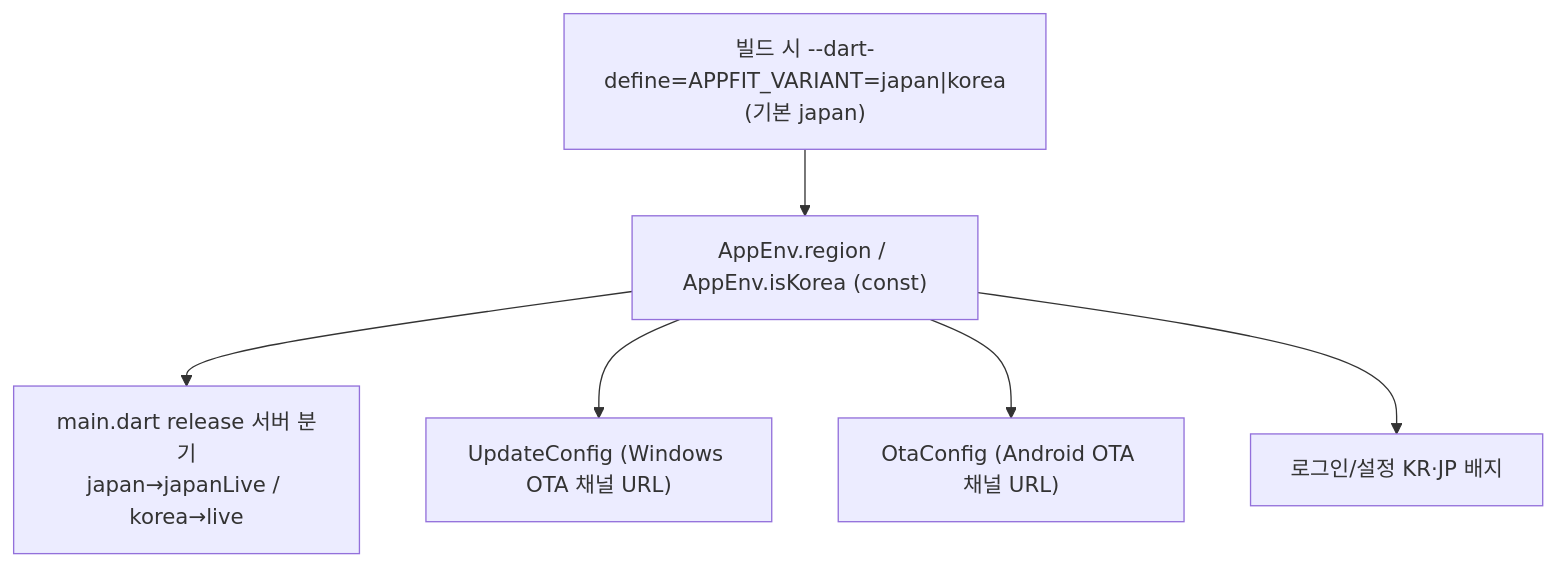
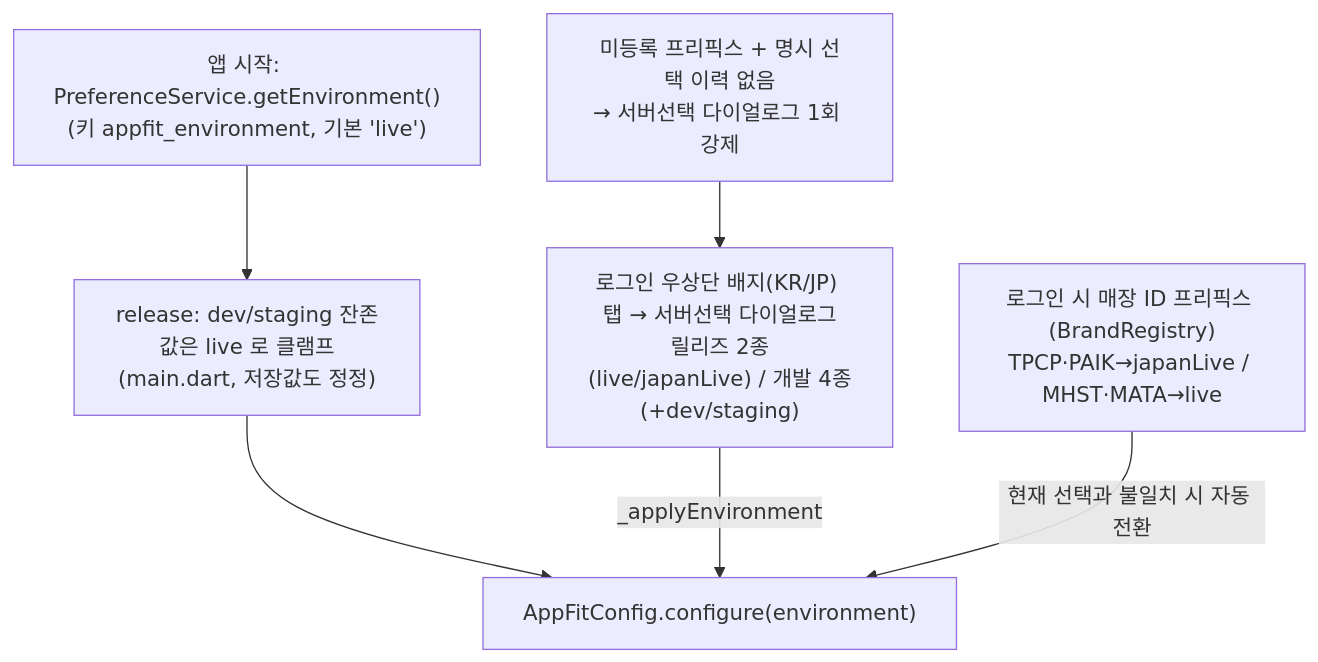
Before and after one commit to waldlustpos/appfit_order_agent: the first of 2 diagrams in docs/BUILD_VARIANTS.md, drawn with Mermaid. The commit also changed other lines of this file and 27 other files, not shown here.

First line of the commit message:
feat(env): 빌드 변형 제거 — 단일 빌드 + 런타임 서버선택(live/japanLive) 전환

````diff
--- a/docs/BUILD_VARIANTS.md
+++ b/docs/BUILD_VARIANTS.md
@@ -13,10 +15,14 @@
 ```mermaid
 flowchart TD
-    DEF["빌드 시 --dart-define=APPFIT_VARIANT=japan|korea<br/>(기본 japan)"]
-    ENV["AppEnv.region / AppEnv.isKorea (const)"]
-    DEF --> ENV
-    ENV --> SRV["main.dart release 서버 분기<br/>japan→japanLive / korea→live"]
-    ENV --> UC["UpdateConfig (Windows OTA 채널 URL)"]
-    ENV --> OC["OtaConfig (Android OTA 채널 URL)"]
-    ENV --> BADGE["로그인/설정 KR·JP 배지"]
+    START["앱 시작: PreferenceService.getEnvironment()<br/>(키 appfit_environment, 기본 'live')"]
+    CLAMP["release: dev/staging 잔존값은 live 로 클램프<br/>(main.dart, 저장값도 정정)"]
+    CONF["AppFitConfig.configure(environment)"]
+    BADGE["로그인 우상단 배지(KR/JP) 탭 → 서버선택 다이얼로그<br/>릴리즈 2종(live/japanLive) / 개발 4종(+dev/staging)"]
+    PREFIX["로그인 시 매장 ID 프리픽스 (BrandRegistry)<br/>TPCP·PAIK→japanLive / MHST·MATA→live"]
+    UNKNOWN["미등록 프리픽스 + 명시 선택 이력 없음<br/>→ 서버선택 다이얼로그 1회 강제"]
+
+    START --> CLAMP --> CONF
+    BADGE -->|_applyEnvironment| CONF
+    PREFIX -->|현재 선택과 불일치 시 자동 전환| CONF
+    UNKNOWN --> BADGE
 ```
````
